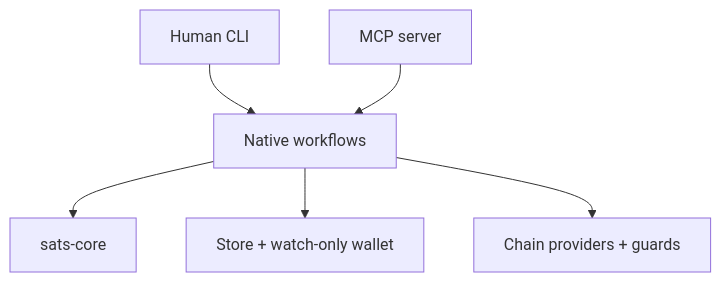
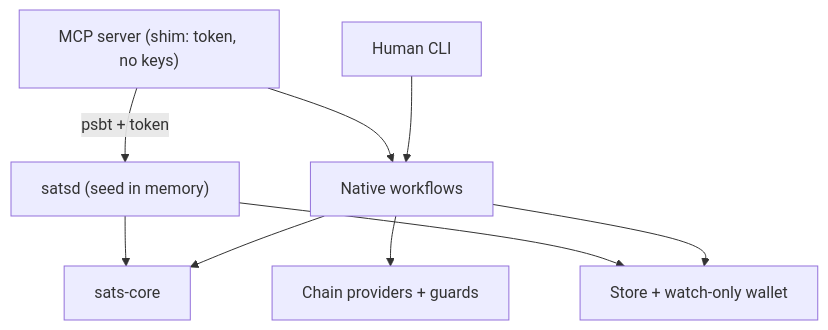
Before and after one commit to idemresearch/sats: the first of 3 diagrams in docs/architecture.md, drawn with Mermaid. The commit also changed other lines of this file and 30 other files, not shown here.

````diff
--- a/docs/architecture.md
+++ b/docs/architecture.md
@@ -9,8 +10,11 @@
 ```mermaid
 flowchart TD
     CLI["Human CLI"] --> Native["Native workflows"]
-    MCP["MCP server"] --> Native
+    MCP["MCP server (shim: token, no keys)"] --> Native
     Native --> Core["sats-core"]
     Native --> State["Store + watch-only wallet"]
     Native --> Providers["Chain providers + guards"]
+    MCP -->|"psbt + token"| Daemon["satsd (seed in memory)"]
+    Daemon --> Core
+    Daemon --> State
 ```
````
